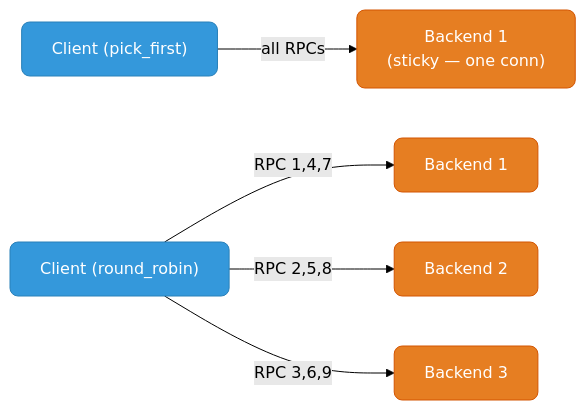
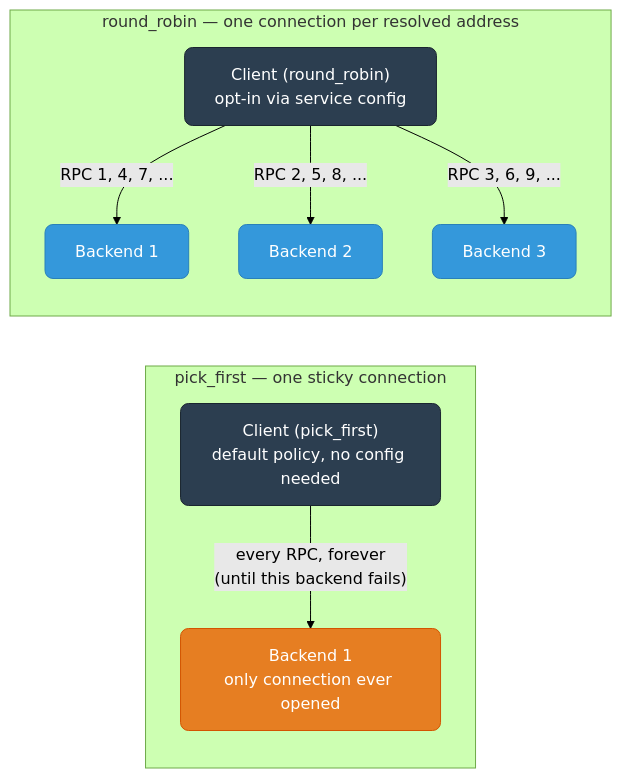
Before and after one commit to deepanshu-rawat6/DevOpsIndex: the sixth of 10 diagrams in networking/grpc-deep-dive.md, drawn with Mermaid (forest theme). The commit also changed other lines of this file and 8 other files, not shown here.

````diff
--- a/networking/grpc-deep-dive.md
+++ b/networking/grpc-deep-dive.md
@@ -641,10 +823,16 @@
 ```mermaid
 graph LR
+    classDef client fill:#2c3e50,stroke:#1a252f,color:#fff,rx:8
     classDef blue fill:#3498db,stroke:#2980b9,color:#fff,rx:8
     classDef orange fill:#e67e22,stroke:#d35400,color:#fff,rx:8
 
-    C1["Client (pick_first)"]:::blue -->|"all RPCs"| S1["Backend 1<br>(sticky — one conn)"]:::orange
-    C2["Client (round_robin)"]:::blue -->|"RPC 1,4,7"| S1b["Backend 1"]:::orange
-    C2 -->|"RPC 2,5,8"| S2b["Backend 2"]:::orange
-    C2 -->|"RPC 3,6,9"| S3b["Backend 3"]:::orange
+    subgraph PF["pick_first — one sticky connection"]
+        C1["Client (pick_first)<br>default policy, no config needed"]:::client -->|"every RPC, forever<br>(until this backend fails)"| S1["Backend 1<br>only connection ever opened"]:::orange
+    end
+
+    subgraph RR["round_robin — one connection per resolved address"]
+        C2["Client (round_robin)<br>opt-in via service config"]:::client -->|"RPC 1, 4, 7, ..."| S1b["Backend 1"]:::blue
+        C2 -->|"RPC 2, 5, 8, ..."| S2b["Backend 2"]:::blue
+        C2 -->|"RPC 3, 6, 9, ..."| S3b["Backend 3"]:::blue
+    end
 ```
````
